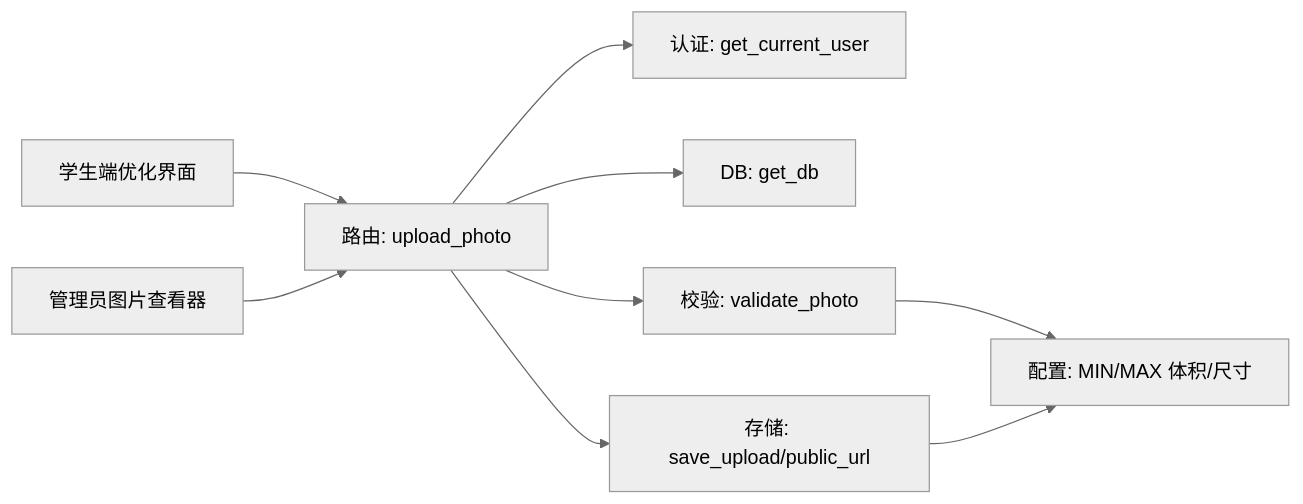
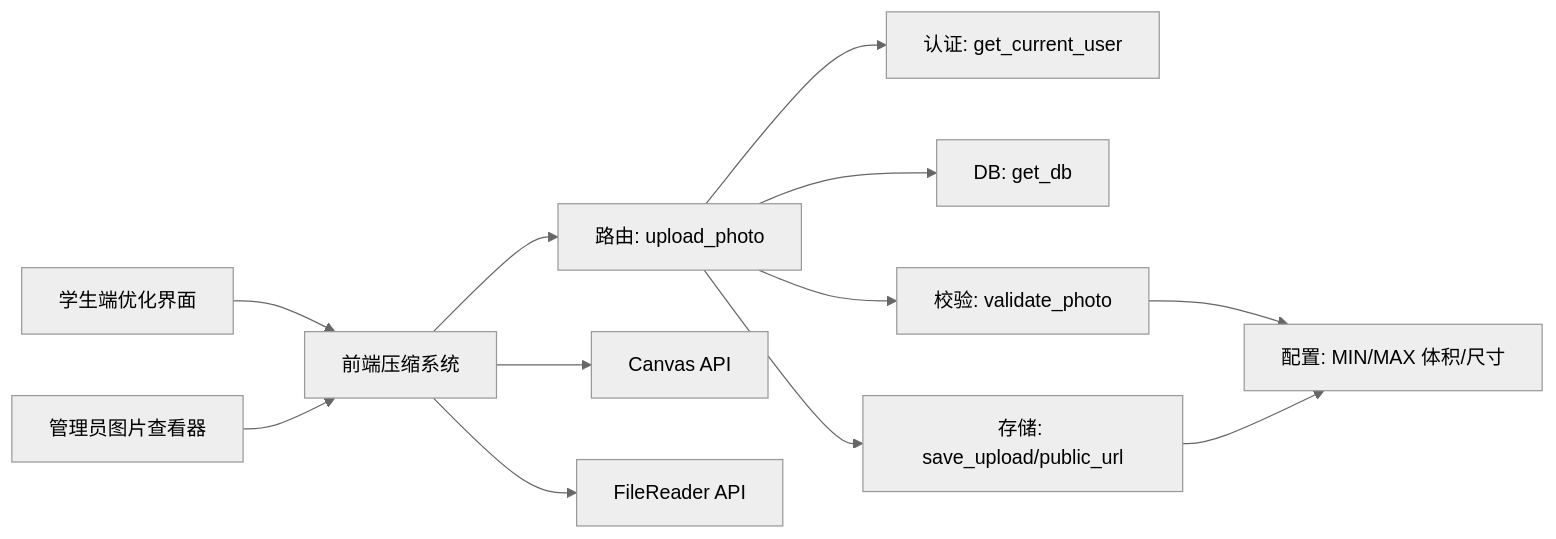
One commit to onebody/homework changed the sixth of 6 diagrams in .qoder/repowiki/zh/content/API接口文档/打卡接口/图片上传接口.md. Above: the diagram before and after it, drawn with Mermaid (neutral theme). The commit also changed other lines of this file and 35 other files, not shown here.

````diff
--- a/.qoder/repowiki/zh/content/API接口文档/打卡接口/图片上传接口.md
+++ b/.qoder/repowiki/zh/content/API接口文档/打卡接口/图片上传接口.md
@@ -243,11 +325,14 @@
 ```mermaid
 graph LR
 Router["路由: upload_photo"] --> Auth["认证: get_current_user"]
 Router --> DB["DB: get_db"]
 Router --> Img["校验: validate_photo"]
 Router --> Sto["存储: save_upload/public_url"]
 Img --> Cfg["配置: MIN/MAX 体积/尺寸"]
 Sto --> Cfg
-StudentUI["学生端优化界面"] --> Router
-AdminUI["管理员图片查看器"] --> Router
+Frontend["前端压缩系统"] --> Router
+Frontend --> Canvas["Canvas API"]
+Frontend --> FileReader["FileReader API"]
+StudentUI["学生端优化界面"] --> Frontend
+AdminUI["管理员图片查看器"] --> Frontend
 ```
````
